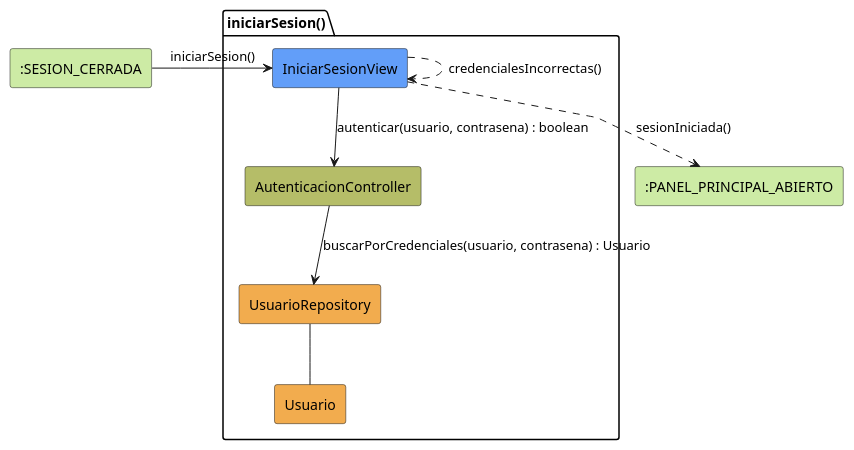
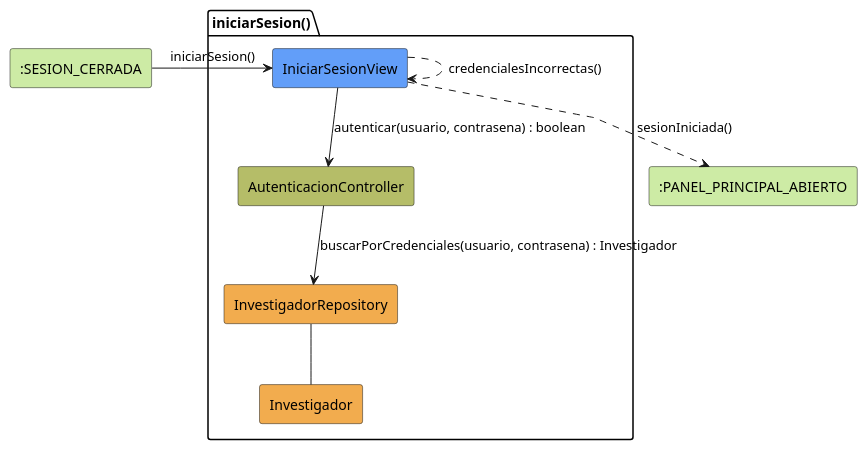
The diagram in modelosUML/analisis/coordinador/iniciarSesion.puml (31Diego/25-26-idsw2-sdVC), drawn with PlantUML before and after one commit. The commit also changed 97 other files, not shown here.

```diff
--- a/modelosUML/analisis/coordinador/iniciarSesion.puml
+++ b/modelosUML/analisis/coordinador/iniciarSesion.puml
@@ -1,26 +1,26 @@
 @startuml iniciarSesion-analisis
 skinparam linetype polyline
 
 rectangle #CDEBA5 ":SESION_CERRADA" as SesionCerrada
 
 package iniciarSesion as "iniciarSesion()" {
     rectangle #629EF9 IniciarSesionView
     rectangle #b5bd68 AutenticacionController
-    rectangle #F2AC4E UsuarioRepository
-    rectangle #F2AC4E Usuario
+    rectangle #F2AC4E InvestigadorRepository
+    rectangle #F2AC4E Investigador
 }
 
 rectangle #CDEBA5 ":PANEL_PRINCIPAL_ABIERTO" as PanelPrincipal
 
 SesionCerrada -r-> IniciarSesionView: iniciarSesion()
 
 IniciarSesionView -d-> AutenticacionController: autenticar(usuario, contrasena) : boolean
 
-AutenticacionController --> UsuarioRepository: buscarPorCredenciales(usuario, contrasena) : Usuario
+AutenticacionController --> InvestigadorRepository: buscarPorCredenciales(usuario, contrasena) : Investigador
 
-UsuarioRepository -- Usuario
+InvestigadorRepository -- Investigador
 
 IniciarSesionView ..> PanelPrincipal: sesionIniciada()
 IniciarSesionView ..> IniciarSesionView: credencialesIncorrectas()
 
 @enduml
```
